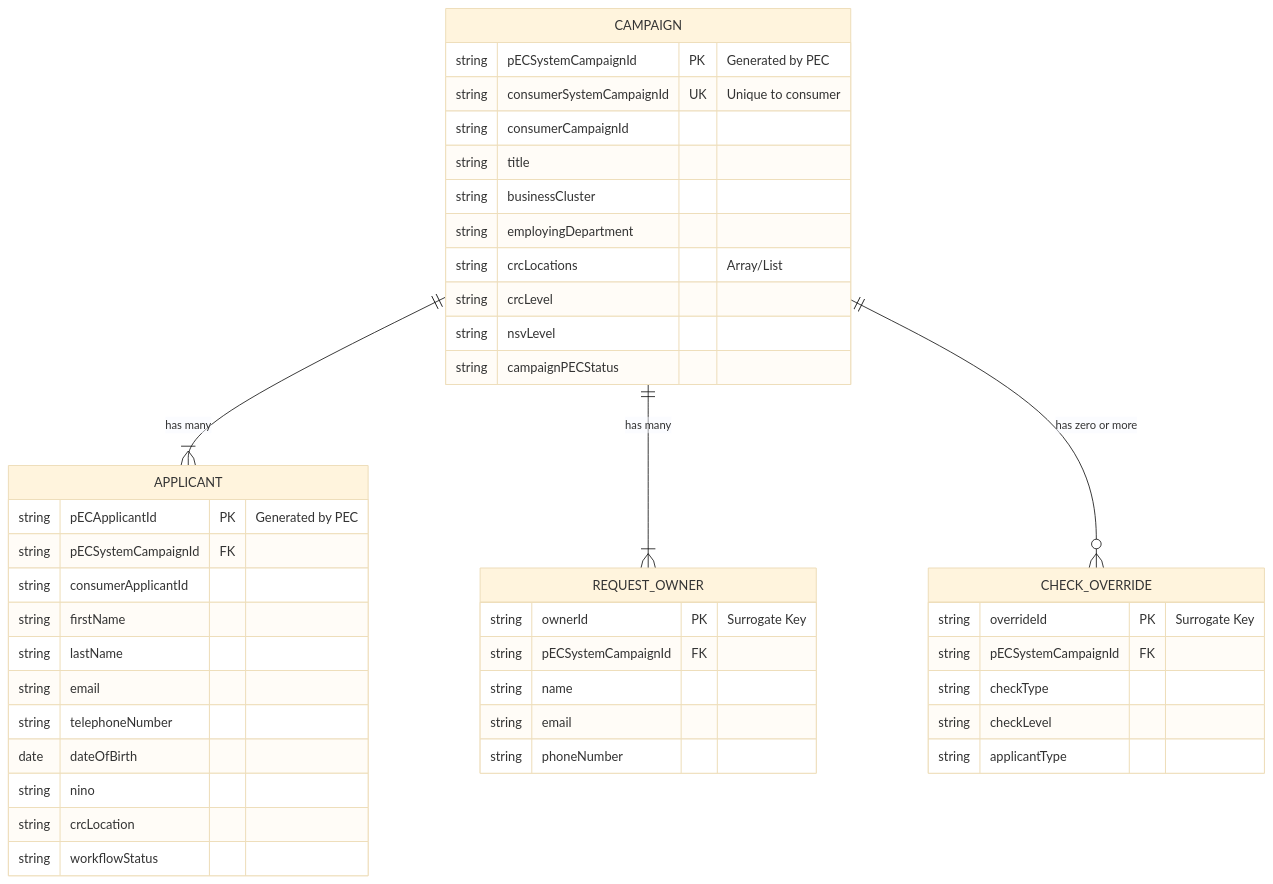
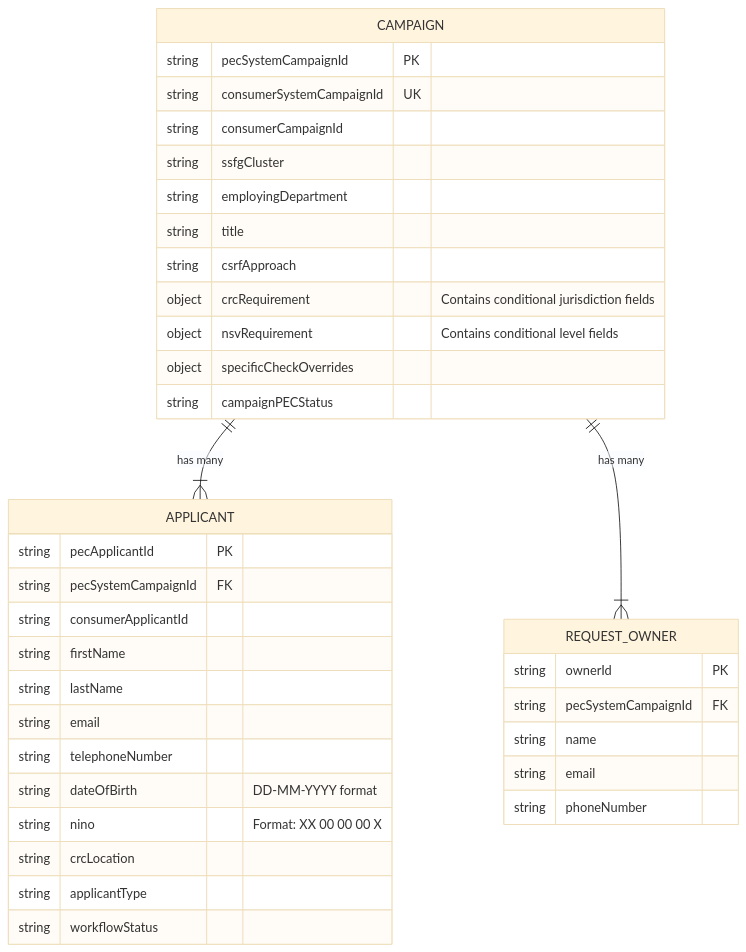
Before and after one commit to CAB-THOMAS/ERPtoPEC: the second of 3 diagrams in APISpecs/DataModels.md, drawn with Mermaid (base theme). The commit also changed other lines of this file, not shown here.

First line of the commit message:
Refactor data models by removing CHECK_OVERRIDE

````diff
--- a/APISpecs/DataModels.md
+++ b/APISpecs/DataModels.md
@@ -20,49 +17,42 @@
 ```mermaid
 erDiagram
     CAMPAIGN {
-        string pECSystemCampaignId PK "Generated by PEC"
-        string consumerSystemCampaignId UK "Unique to consumer"
+        string pecSystemCampaignId PK
+        string consumerSystemCampaignId UK
         string consumerCampaignId
+        string ssfgCluster
+        string employingDepartment
         string title
-        string businessCluster
-        string employingDepartment
-        string crcLocations "Array/List"
-        string crcLevel
-        string nsvLevel
+        string csrfApproach
+        object crcRequirement "Contains conditional jurisdiction fields"
+        object nsvRequirement "Contains conditional level fields"
+        object specificCheckOverrides
         string campaignPECStatus
     }
     
     APPLICANT {
-        string pECApplicantId PK "Generated by PEC"
-        string pECSystemCampaignId FK
+        string pecApplicantId PK
+        string pecSystemCampaignId FK
         string consumerApplicantId
         string firstName
         string lastName
         string email
         string telephoneNumber
-        date dateOfBirth
-        string nino
+        string dateOfBirth "DD-MM-YYYY format"
+        string nino "Format: XX 00 00 00 X"
         string crcLocation
+        string applicantType
         string workflowStatus
     }
     
     REQUEST_OWNER {
-        string ownerId PK "Surrogate Key"
-        string pECSystemCampaignId FK
+        string ownerId PK 
+        string pecSystemCampaignId FK
         string name
         string email
         string phoneNumber
     }
-    
-    CHECK_OVERRIDE {
-        string overrideId PK "Surrogate Key"
-        string pECSystemCampaignId FK
-        string checkType
-        string checkLevel
-        string applicantType
-    }
 
     CAMPAIGN ||--|{ APPLICANT : "has many"
     CAMPAIGN ||--|{ REQUEST_OWNER : "has many"
-    CAMPAIGN ||--o{ CHECK_OVERRIDE : "has zero or more"
 ```
````
